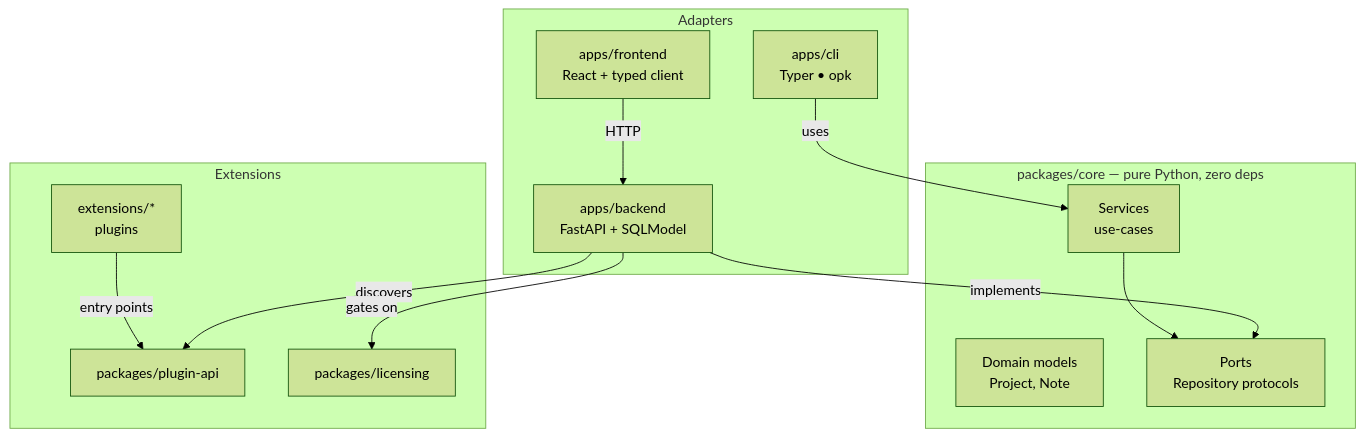
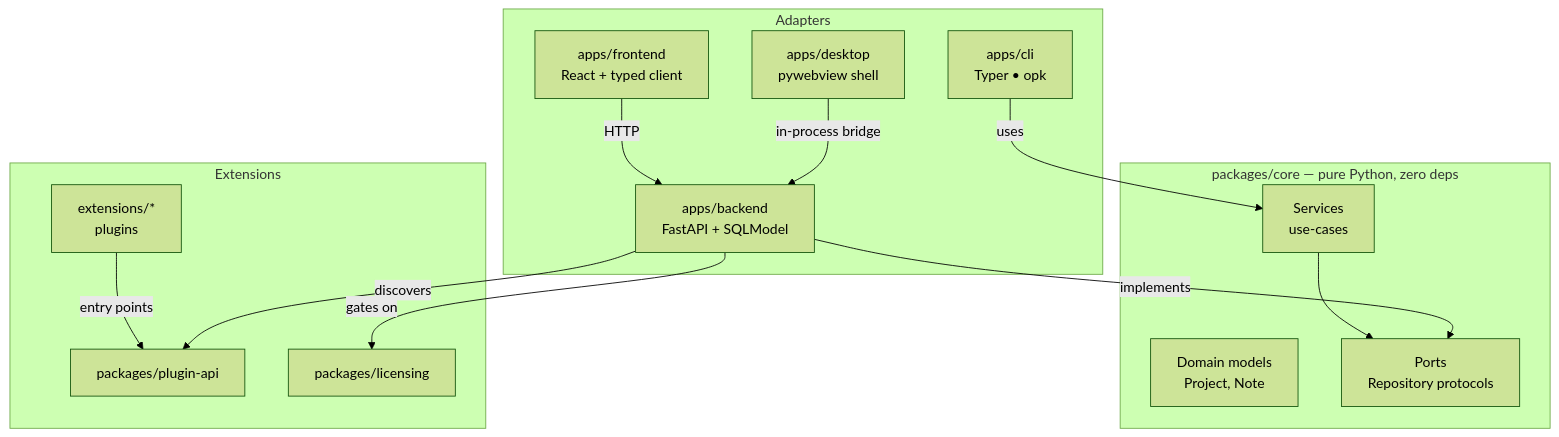
The diagram in docs/architecture.md (ravipurohit1991/OpenProductKit), drawn with Mermaid (forest theme) before and after one commit. The commit also changed other lines of this file and 52 other files, not shown here.

````diff
--- a/docs/architecture.md
+++ b/docs/architecture.md
@@ -5,28 +5,30 @@
 ```mermaid
 flowchart TD
     subgraph core["packages/core — pure Python, zero deps"]
         D[Domain models<br/>Project, Note]
         P[Ports<br/>Repository protocols]
         S[Services<br/>use-cases]
     end
 
     subgraph adapters["Adapters"]
         BE[apps/backend<br/>FastAPI + SQLModel]
         CLI[apps/cli<br/>Typer &bull; opk]
         FE[apps/frontend<br/>React + typed client]
+        DT[apps/desktop<br/>pywebview shell]
     end
 
     subgraph ext["Extensions"]
         PA[packages/plugin-api]
         LIC[packages/licensing]
         PL[extensions/*<br/>plugins]
     end
 
     S --> P
     BE -->|implements| P
     CLI -->|uses| S
     FE -->|HTTP| BE
+    DT -->|in-process bridge| BE
     PL -->|entry points| PA
     BE -->|discovers| PA
     BE -->|gates on| LIC
 ```
````
